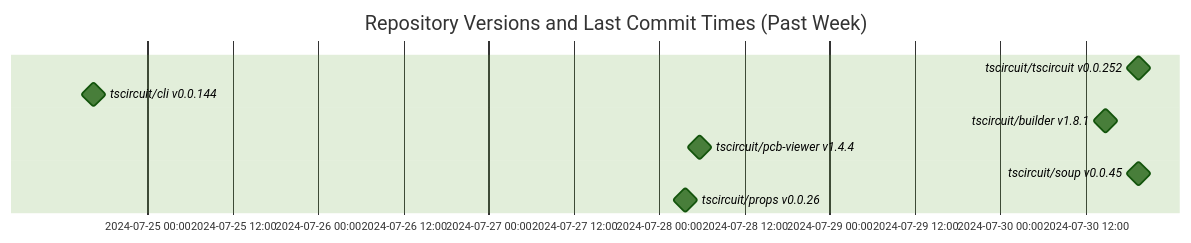
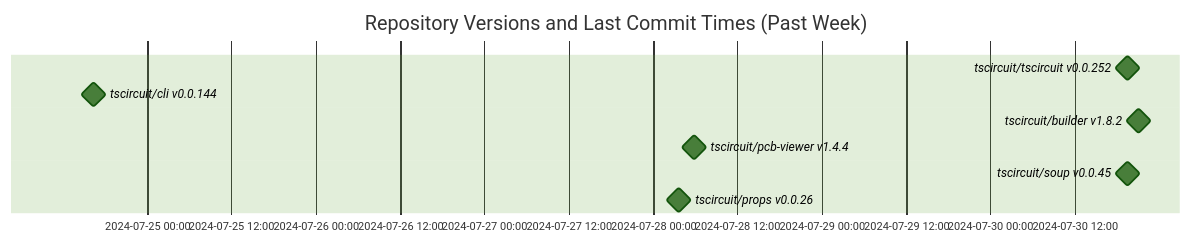
Before and after one commit to tscircuit/version-tracker: the diagram in README.md, drawn with Mermaid (forest theme).

Commit message:
Update chart

````diff
--- a/README.md
+++ b/README.md
@@ -1,13 +1,13 @@
 ```mermaid
 gantt
   dateFormat  YYYY-MM-DD HH:mm:ss
   title Repository Versions and Last Commit Times (Past Week)
   axisFormat %Y-%m-%d %H:%M
 
   tscircuit/tscircuit v0.0.252 : milestone, 2024-07-30 19:30:25, 1s
   tscircuit/cli v0.0.144 : milestone, 2024-07-24 16:24:13, 1s
-  tscircuit/builder v1.8.1 : milestone, 2024-07-30 14:51:26, 1s
+  tscircuit/builder v1.8.2 : milestone, 2024-07-30 21:04:30, 1s
   tscircuit/pcb-viewer v1.4.4 : milestone, 2024-07-28 05:46:25, 1s
   tscircuit/soup v0.0.45 : milestone, 2024-07-30 19:26:24, 1s
   tscircuit/props v0.0.26 : milestone, 2024-07-28 03:42:14, 1s
 ```
````
